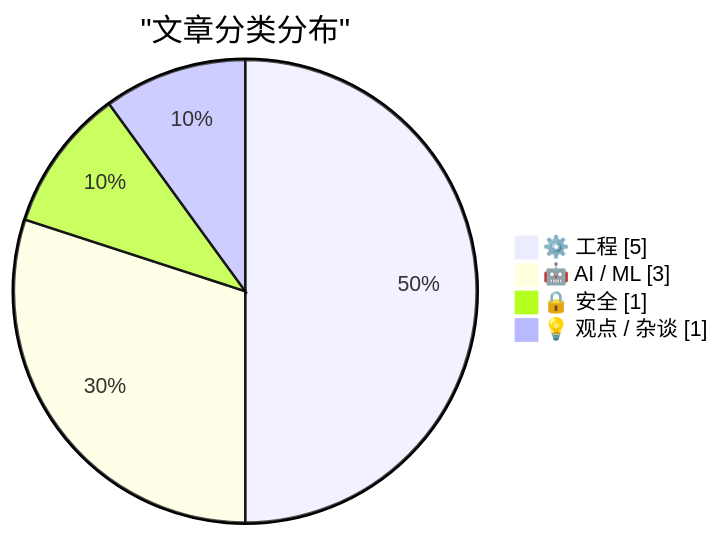
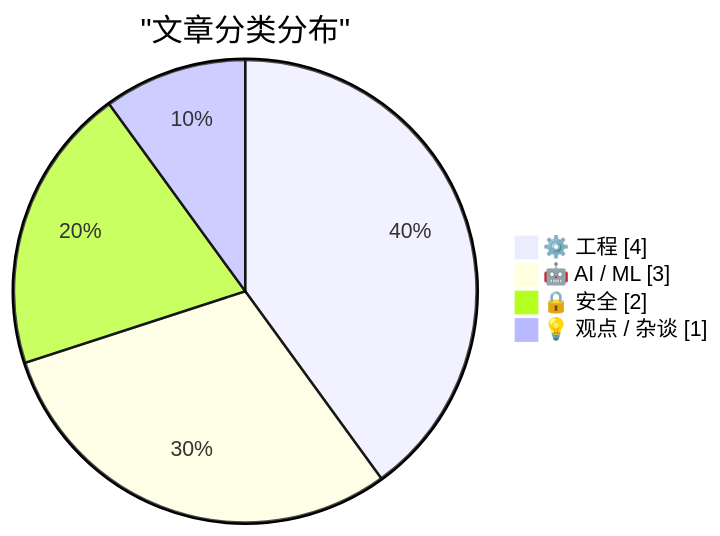
Before and after one commit to originem0/SZBlog: the first of 2 diagrams in content/ai-daily/2026-03-27.md, drawn with Mermaid. The commit also changed other lines of this file, not shown here.

````diff
--- a/content/ai-daily/2026-03-27.md
+++ b/content/ai-daily/2026-03-27.md
@@ -56,8 +56,8 @@
 ```mermaid
 pie showData
     title "文章分类分布"
-    "⚙️ 工程" : 5
+    "⚙️ 工程" : 4
     "🤖 AI / ML" : 3
-    "🔒 安全" : 1
+    "🔒 安全" : 2
     "💡 观点 / 杂谈" : 1
 ```
````
